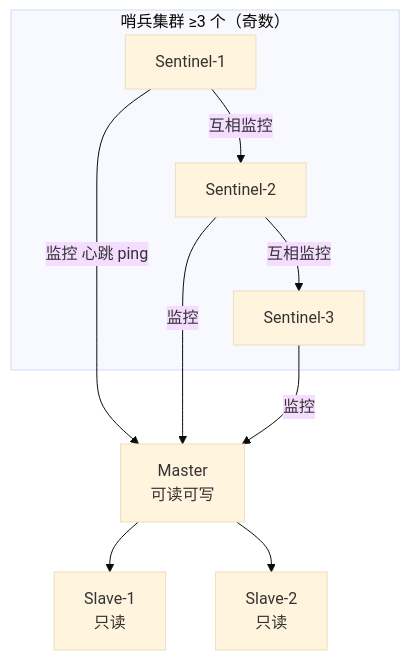
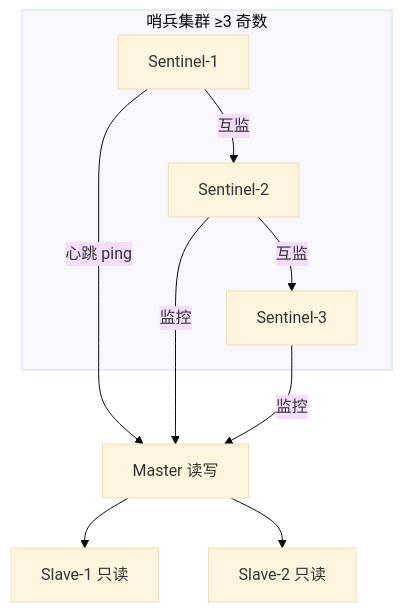
One commit to ml-cuizijun/LearnToLilith changed the third of 8 diagrams in 02-中间件与数据库/02-Redis/03-高可用与集群/知识点.md. Above: the diagram before and after it, drawn with Mermaid (base theme). The commit also changed other lines of this file and 178 other files, not shown here.

````diff
--- a/02-中间件与数据库/02-Redis/03-高可用与集群/知识点.md
+++ b/02-中间件与数据库/02-Redis/03-高可用与集群/知识点.md
@@ -194,15 +216,15 @@
 ```mermaid
 flowchart TB
-    subgraph SENTINELS["哨兵集群 ≥3 个（奇数）"]
+    subgraph SENTINELS["哨兵集群 ≥3 奇数"]
         S1["Sentinel-1"]
         S2["Sentinel-2"]
         S3["Sentinel-3"]
     end
-    M["Master<br/>可读可写"] --> R1["Slave-1<br/>只读"]
-    M --> R2["Slave-2<br/>只读"]
-    S1 -->|监控 心跳 ping| M
+    M["Master 读写"] --> R1["Slave-1 只读"]
+    M --> R2["Slave-2 只读"]
+    S1 -->|心跳 ping| M
     S2 -->|监控| M
     S3 -->|监控| M
-    S1 -->|互相监控| S2
-    S2 -->|互相监控| S3
+    S1 -->|互监| S2
+    S2 -->|互监| S3
 ```
````
